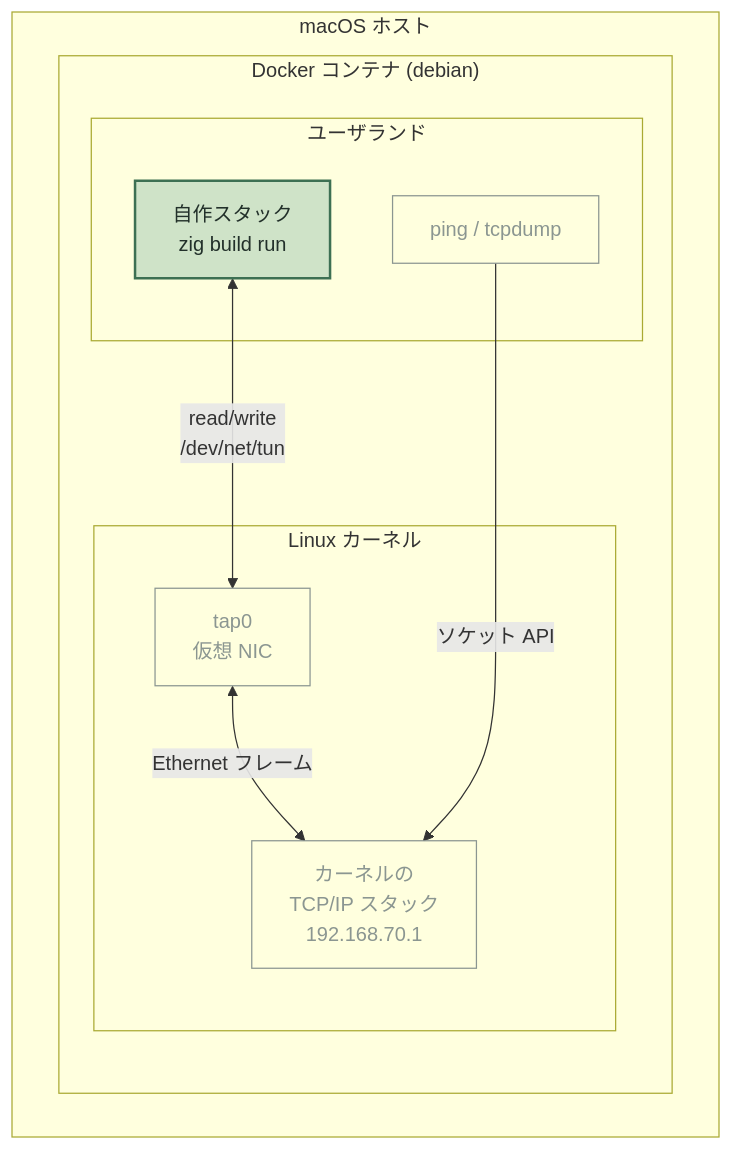
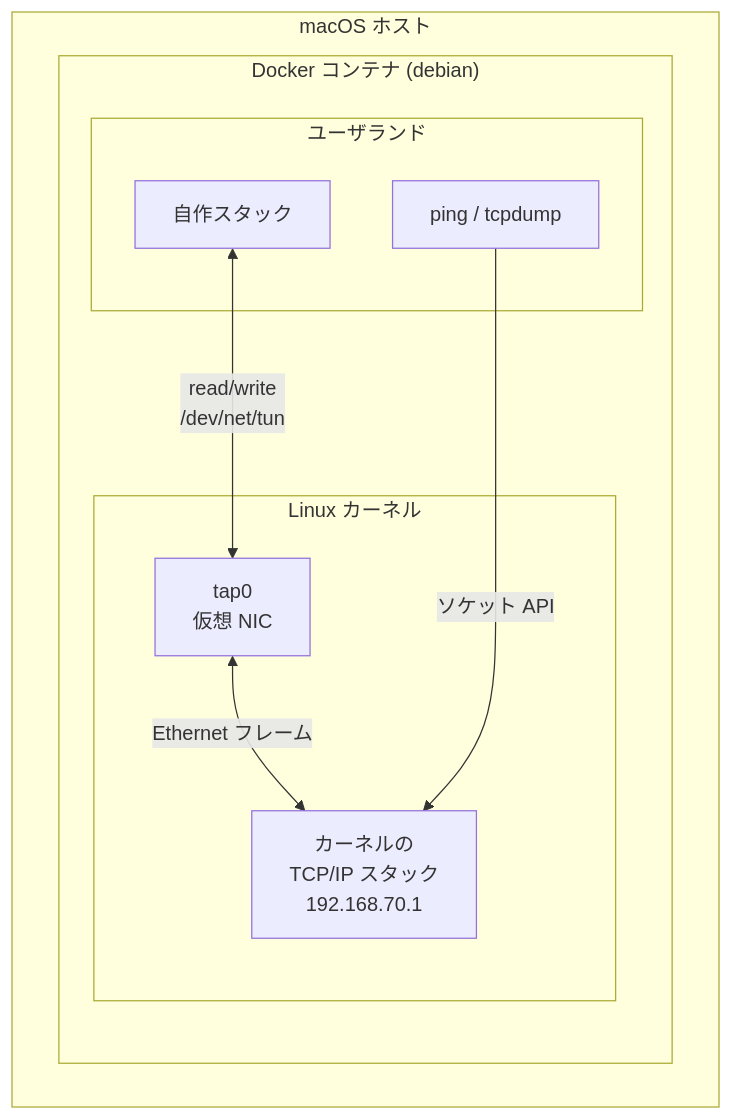
Before and after one commit to JauneBrillant/tcpipz: the first of 2 diagrams in README.md, drawn with Mermaid. The commit also changed other lines of this file, not shown here.

````diff
--- a/README.md
+++ b/README.md
@@ -11,24 +7,19 @@
 ```mermaid
 flowchart TB
     subgraph host["macOS ホスト"]
         subgraph container["Docker コンテナ (debian)"]
             subgraph user["ユーザランド"]
-                prog["自作スタック<br/>zig build run"]
+                prog["自作スタック"]
                 tools["ping / tcpdump"]
             end
             subgraph kernel["Linux カーネル"]
                 netstack["カーネルの<br/>TCP/IP スタック<br/>192.168.70.1"]
                 tap["tap0<br/>仮想 NIC"]
             end
         end
     end
 
     prog <-->|"read/write<br/>/dev/net/tun"| tap
     tap <-->|"Ethernet フレーム"| netstack
     tools -->|"ソケット API"| netstack
-
-    classDef mine fill:#cfe3c8,stroke:#3d7053,stroke-width:2px,color:#22302a
-    classDef other fill:none,stroke:#8b9691,stroke-width:1px,color:#8b9691
-    class prog mine
-    class netstack,tap,tools other
 ```
````
